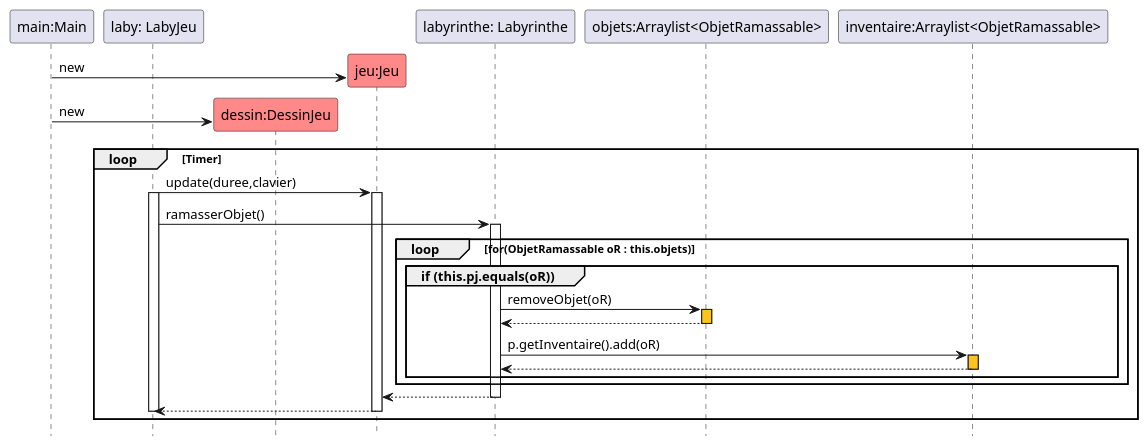
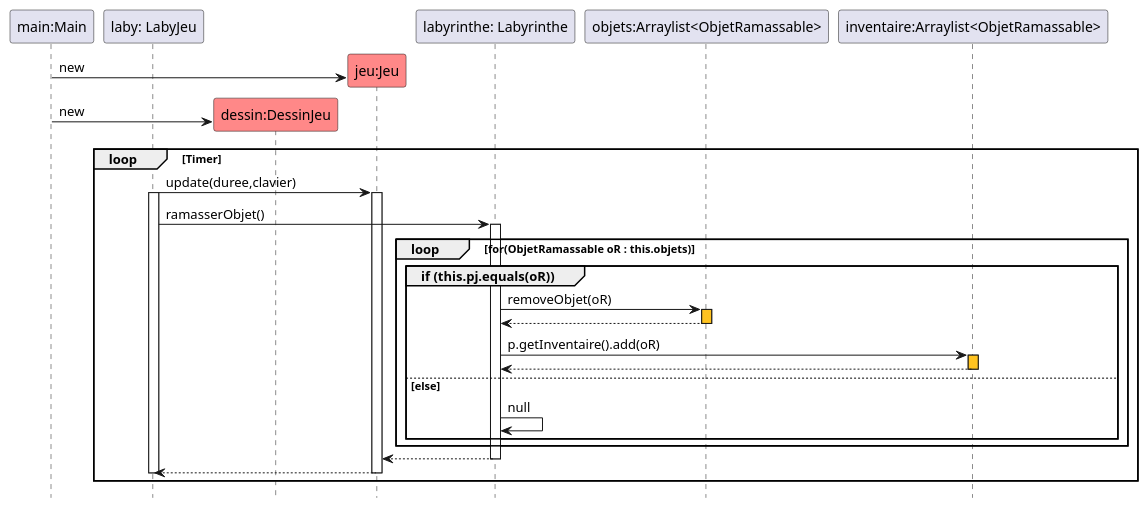
The diagram in documents/version_3/DiagSeq_RamasserObjet_OK_Inventaire.puml (OoNeal/2022_zeldiablo_rionde8u_povoas1u_melchior25u_arnaud35u), drawn with PlantUML before and after one commit. The commit also changed 1 other file, not shown here.

Commit message:
Modifications du diagramme de séquence de Ramasser Objet

```diff
--- a/documents/version_3/DiagSeq_RamasserObjet_OK_Inventaire.puml
+++ b/documents/version_3/DiagSeq_RamasserObjet_OK_Inventaire.puml
@@ -1,53 +1,55 @@
 @startuml
 hide footbox
 
 participant "main:Main" as main
 participant "laby: LabyJeu" as l
 participant "dessin:DessinJeu" as r #FF8888
 participant "jeu:Jeu" as game #FF8888
 participant "labyrinthe: Labyrinthe" as lab
 participant "objets:Arraylist<ObjetRamassable>" as o
 participant "inventaire:Arraylist<ObjetRamassable>" as i
 create game
 main-> game : new
 create r
 main-> r :new
 
 loop Timer
 
 
 l -> game : update(duree,clavier)
 activate l
 activate game
 
 l -> lab : ramasserObjet()
 activate lab
 loop for(ObjetRamassable oR : this.objets)
 group if (this.pj.equals(oR))
 lab -> o : removeObjet(oR)
 activate o #ffc320
 lab <-- o
 deactivate o
 lab -> i : p.getInventaire().add(oR)
 activate i #ffc320
 lab <-- i
 deactivate i
+else else
+lab -> lab : null
 end group
 end loop
 game <-- lab
 deactivate lab
 
 game --> l
 deactivate game
 deactivate l
 
 
 
 
 
 
 end
 
 deactivate l
 
 @enduml
```
